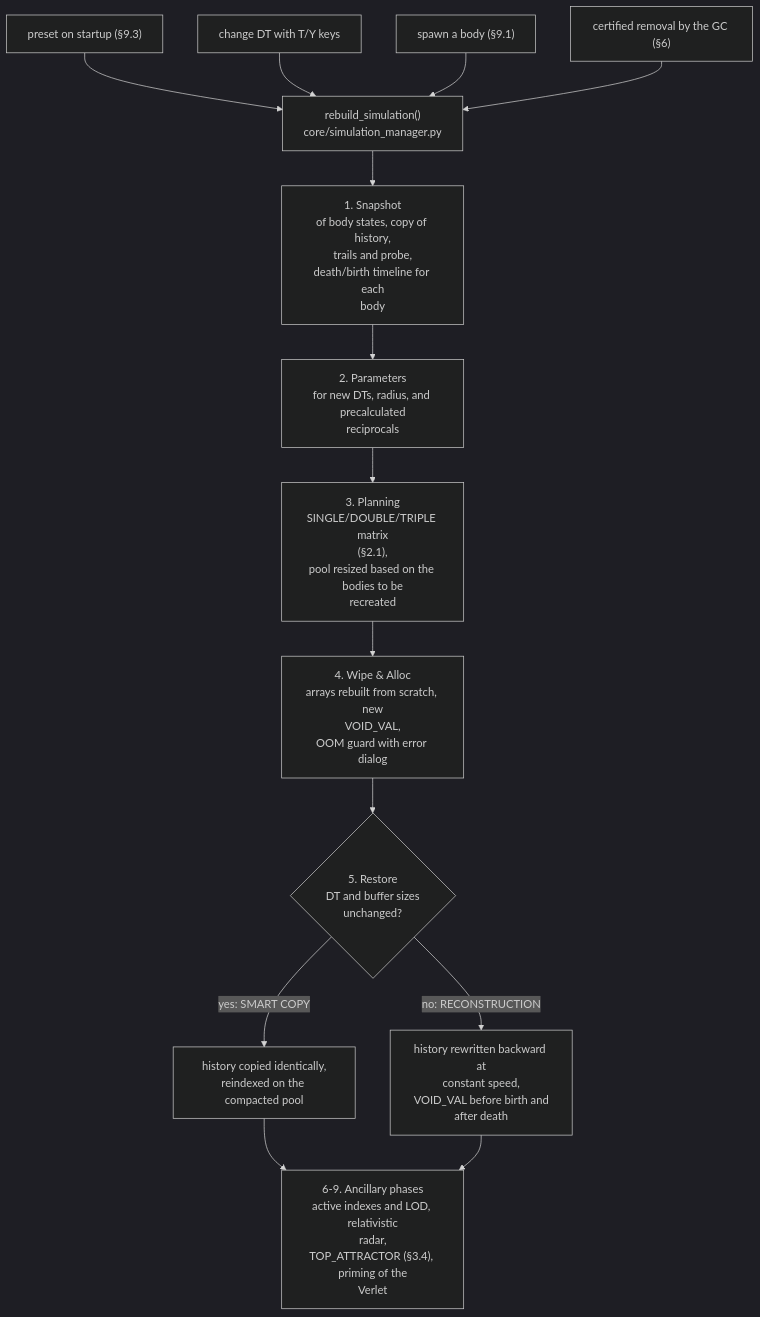
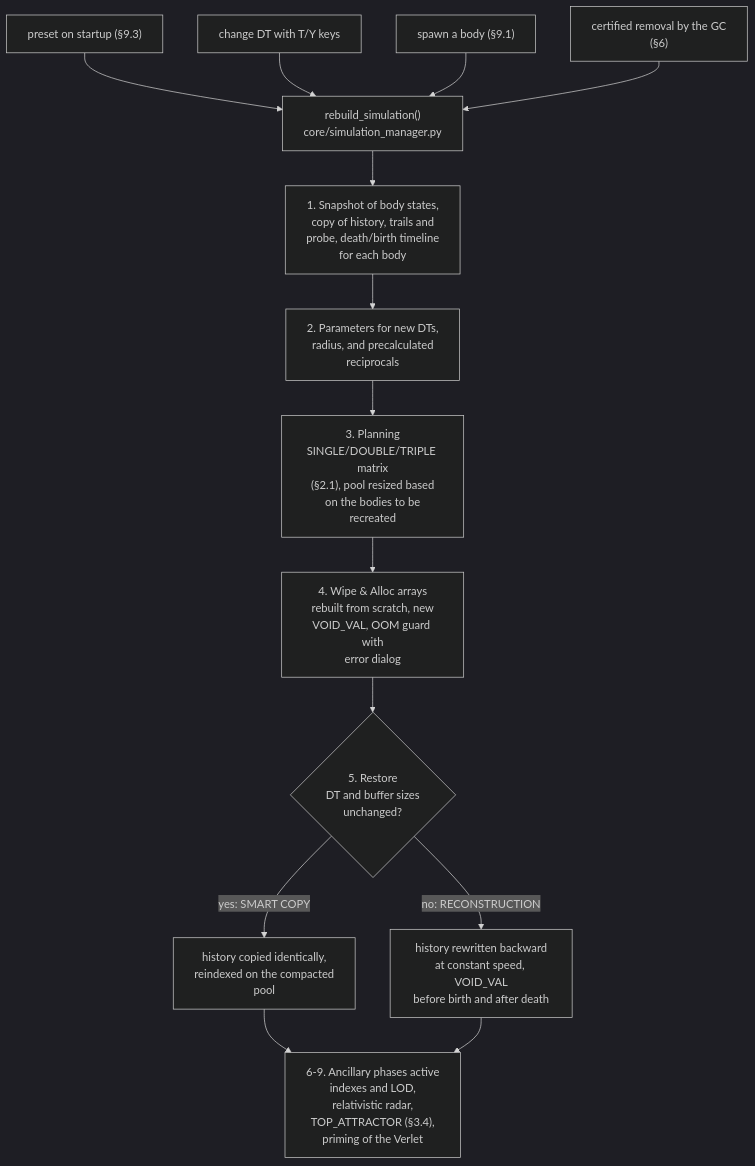
Before and after one commit to alessandro-pioli/AstroCausal_Engine: the third of 11 diagrams in ARCHITECTURE_DEEP_DIVE.md, drawn with Mermaid (dark theme). The commit also changed other lines of this file and 2 other files, not shown here.

Commit message:
docs: leggibilita dei diagrammi e igiene del gitignore

````diff
--- a/ARCHITECTURE_DEEP_DIVE.md
+++ b/ARCHITECTURE_DEEP_DIVE.md
@@ -378,20 +378,20 @@
 ```mermaid
 flowchart TD
     T1["preset on startup (§9.3)"] --> R
     T2["change DT with T/Y keys"] --> R
     T3["spawn a body (§9.1)"] --> R
-    T4["certified removal by the GC (§6)"] --> R
+    T4["certified removal by the GC<br/>(§6)"] --> R
 
     R["rebuild_simulation()<br/>core/simulation_manager.py"] --> F1
 
-    F1["1. Snapshot<br/>of body states, copy of history,<br/>trails and probe,<br/>death/birth timeline for each<br/>body"] --> F2
-    F2["2. Parameters<br/>for new DTs, radius, and precalculated<br/>reciprocals"] --> F3
-    F3["3. Planning<br/>SINGLE/DOUBLE/TRIPLE matrix<br/>(§2.1),<br/>pool resized based on the bodies to be<br/>recreated"] --> F4
-    F4["4. Wipe &amp; Alloc<br/>arrays rebuilt from scratch, new<br/>VOID_VAL,<br/>OOM guard with error dialog"] --> F5
+    F1["1. Snapshot of body states,<br/>copy of history, trails and<br/>probe, death/birth timeline<br/>for each body"] --> F2
+    F2["2. Parameters for new DTs,<br/>radius, and precalculated<br/>reciprocals"] --> F3
+    F3["3. Planning<br/>SINGLE/DOUBLE/TRIPLE matrix<br/>(§2.1), pool resized based<br/>on the bodies to be<br/>recreated"] --> F4
+    F4["4. Wipe &amp; Alloc arrays<br/>rebuilt from scratch, new<br/>VOID_VAL, OOM guard with<br/>error dialog"] --> F5
     F5{"5. Restore<br/>DT and buffer sizes<br/>unchanged?"}
-    F5 -->|"yes: SMART COPY"| C1["history copied identically,<br/>reindexed on the compacted pool"]
-    F5 -->|"no: RECONSTRUCTION"| C2["history rewritten backward at<br/>constant speed,<br/>VOID_VAL before birth and<br/>after death"]
+    F5 -->|"yes: SMART COPY"| C1["history copied identically,<br/>reindexed on the compacted<br/>pool"]
+    F5 -->|"no: RECONSTRUCTION"| C2["history rewritten backward<br/>at constant speed, VOID_VAL<br/>before birth and after death"]
     C1 --> F6
     C2 --> F6
-    F6["6-9. Ancillary phases<br/>active indexes and LOD, relativistic<br/>radar,<br/>TOP_ATTRACTOR (§3.4), priming of the<br/>Verlet"]
+    F6["6-9. Ancillary phases active<br/>indexes and LOD,<br/>relativistic radar,<br/>TOP_ATTRACTOR (§3.4),<br/>priming of the Verlet"]
 ```
````
